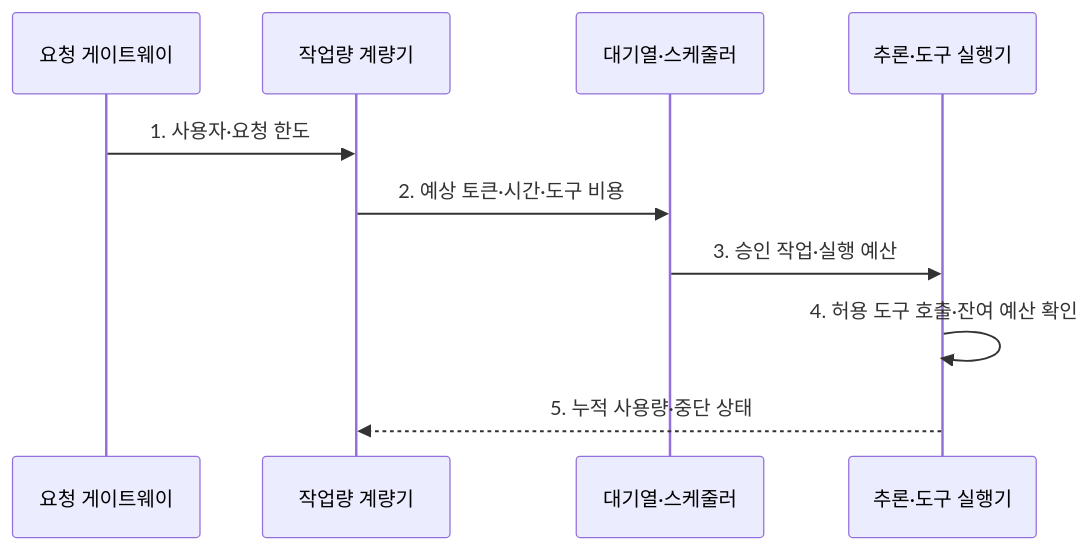
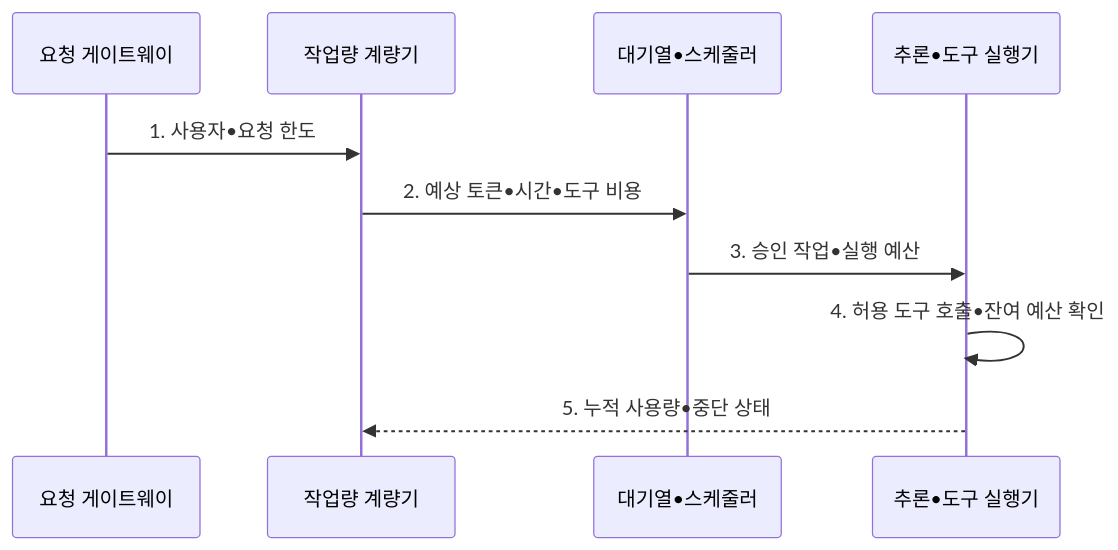
Before and after one commit to agnusdei1207/knowledge-base: the second of 2 diagrams in src/content/docs/notes/08-latest-tech/124_model_denial_of_service.md, drawn with Mermaid. The commit also changed other lines of this file and 953 other files, not shown here.

````diff
--- a/src/content/docs/notes/08-latest-tech/124_model_denial_of_service.md
+++ b/src/content/docs/notes/08-latest-tech/124_model_denial_of_service.md
@@ -105,12 +105,12 @@
 ```mermaid
 sequenceDiagram
   participant G as 요청 게이트웨이
   participant M as 작업량 계량기
-  participant S as 대기열·스케줄러
-  participant I as 추론·도구 실행기
-  G->>M: 1. 사용자·요청 한도
-  M->>S: 2. 예상 토큰·시간·도구 비용
-  S->>I: 3. 승인 작업·실행 예산
-  I->>I: 4. 허용 도구 호출·잔여 예산 확인
-  I-->>M: 5. 누적 사용량·중단 상태
+  participant S as 대기열•스케줄러
+  participant I as 추론•도구 실행기
+  G->>M: 1. 사용자•요청 한도
+  M->>S: 2. 예상 토큰•시간•도구 비용
+  S->>I: 3. 승인 작업•실행 예산
+  I->>I: 4. 허용 도구 호출•잔여 예산 확인
+  I-->>M: 5. 누적 사용량•중단 상태
 ```
````
